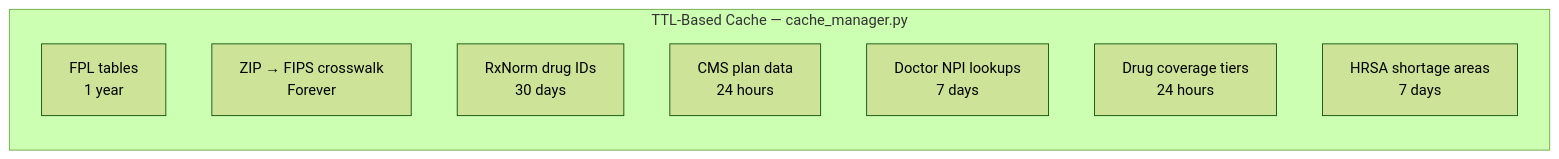
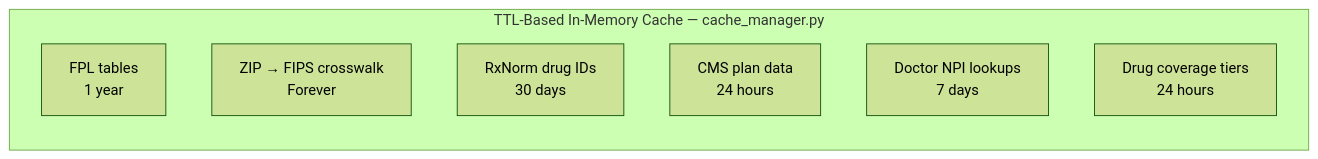
Before and after one commit to ritwiksharan/CoverWise: the fourth of 4 diagrams in README.md, drawn with Mermaid (forest theme). The commit also changed other lines of this file, not shown here.

````diff
--- a/README.md
+++ b/README.md
@@ -239,12 +332,11 @@
 ```mermaid
 graph LR
-    subgraph Cache[TTL-Based Cache — cache_manager.py]
+    subgraph Cache[TTL-Based In-Memory Cache — cache_manager.py]
         C1[FPL tables\n1 year]
         C2[ZIP → FIPS crosswalk\nForever]
         C3[RxNorm drug IDs\n30 days]
         C4[CMS plan data\n24 hours]
         C5[Doctor NPI lookups\n7 days]
         C6[Drug coverage tiers\n24 hours]
-        C7[HRSA shortage areas\n7 days]
     end
 ```
````
